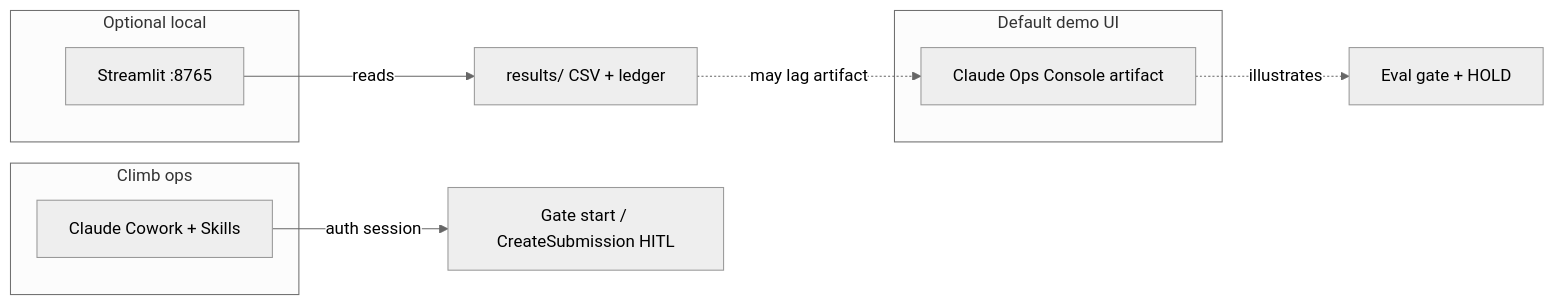
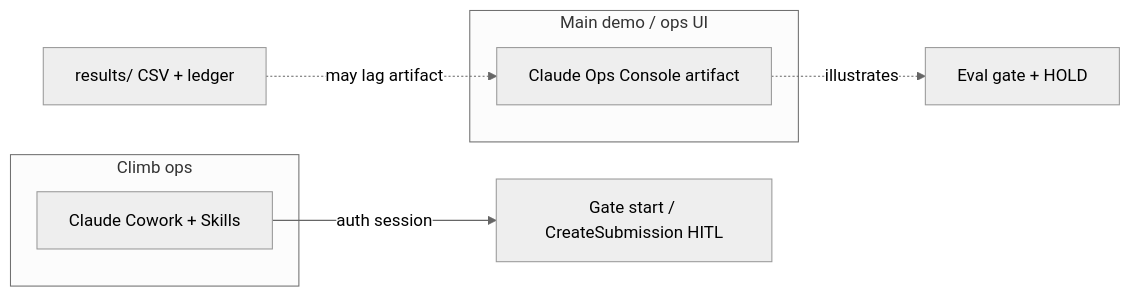
Before and after one commit to khaosans/noisegate-gemma4-factory: the diagram in docs/wiki/Ops-Console.md, drawn with Mermaid (neutral theme). The commit also changed other lines of this file and 15 other files, not shown here.

First line of the commit message:
docs: Claude Ops Console main UI + directional screenshots

````diff
--- a/docs/wiki/Ops-Console.md
+++ b/docs/wiki/Ops-Console.md
@@ -25,19 +46,14 @@
 ```mermaid
 flowchart LR
-  subgraph Default["Default demo UI"]
+  subgraph Main["Main demo / ops UI"]
     React[Claude Ops Console artifact]
-  end
-
-  subgraph Optional["Optional local"]
-    ST[Streamlit :8765]
   end
 
   subgraph Climb["Climb ops"]
     CW[Claude Cowork + Skills]
   end
 
   React -.->|illustrates| Gate[Eval gate + HOLD]
-  ST -->|reads| Results[results/ CSV + ledger]
   CW -->|auth session| Kaggle[Gate start / CreateSubmission HITL]
-  Results -.->|may lag artifact| React
+  Results[results/ CSV + ledger] -.->|may lag artifact| React
 ```
````
